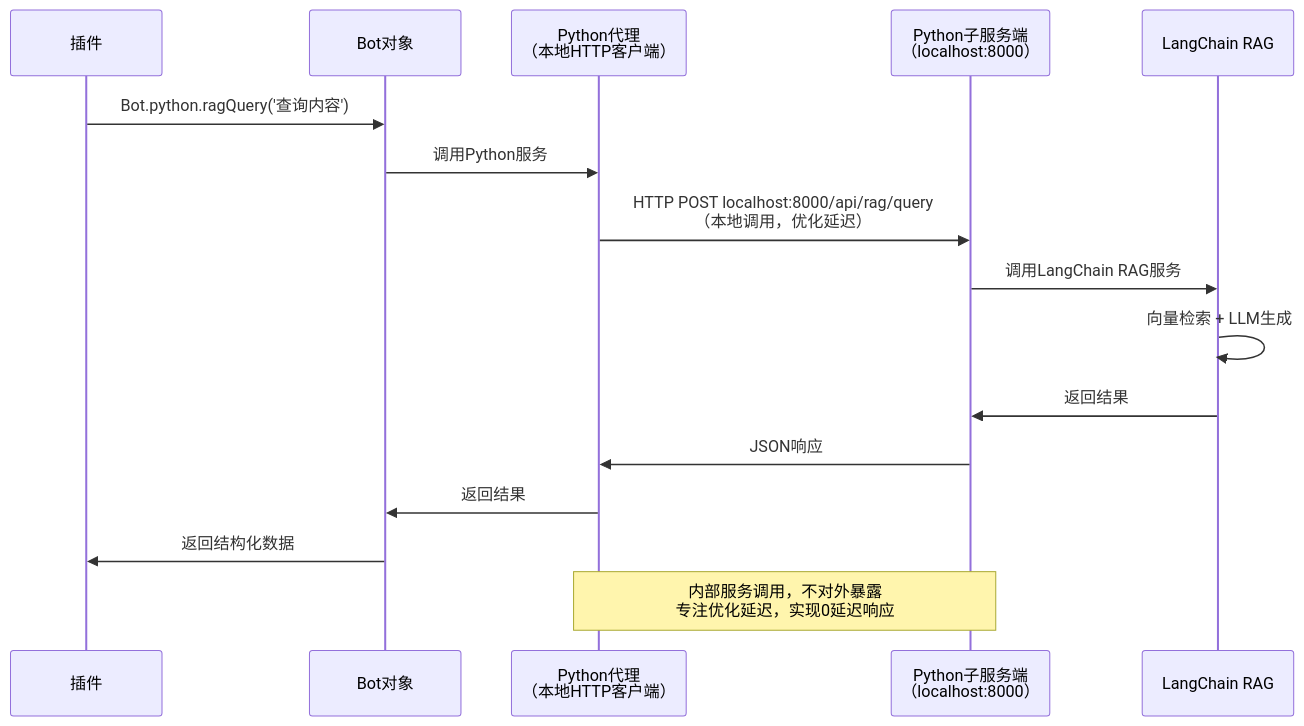
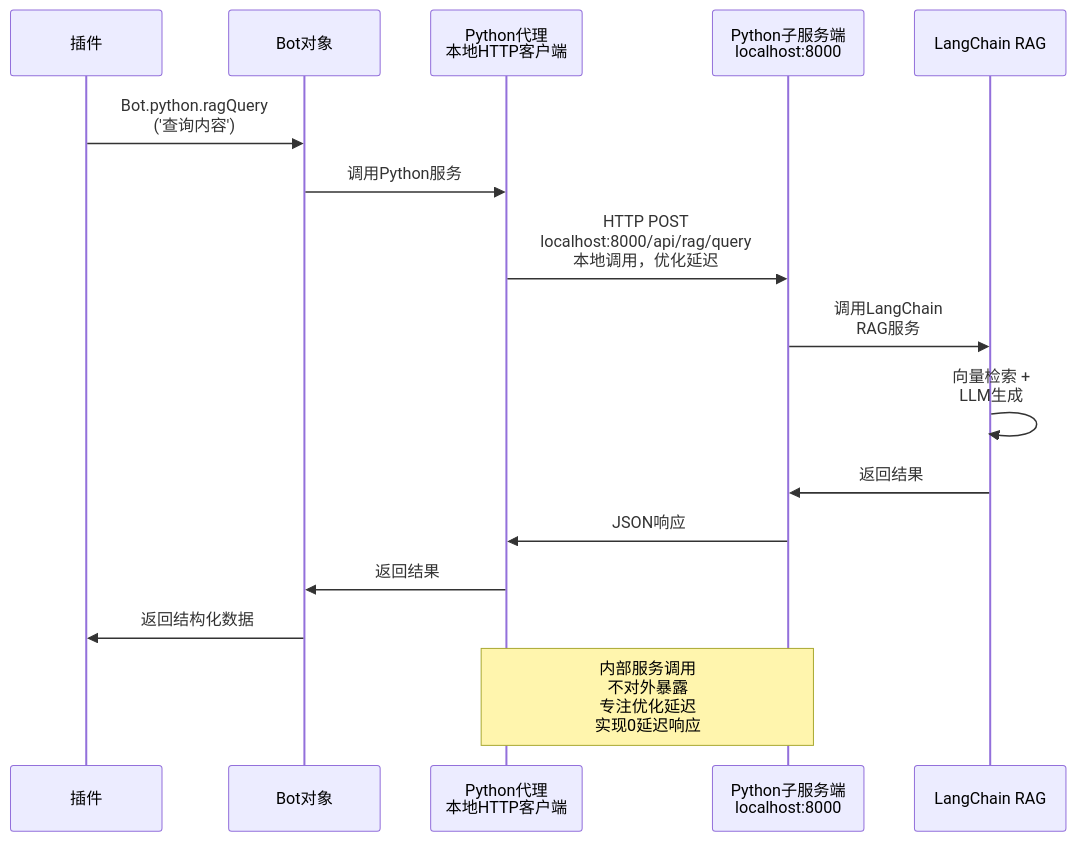
The second of 8 diagrams in docs/future-architecture-2025.md (sunflowermm/XRK-AGT), drawn with Mermaid before and after one commit. The commit also changed other lines of this file, not shown here.

````diff
--- a/docs/future-architecture-2025.md
+++ b/docs/future-architecture-2025.md
@@ -84,20 +84,20 @@
 ```mermaid
 sequenceDiagram
     participant Plugin as 插件
     participant Bot as Bot对象
-    participant Proxy as Python代理<br/>（本地HTTP客户端）
-    participant Python as Python子服务端<br/>（localhost:8000）
+    participant Proxy as Python代理<br/>本地HTTP客户端
+    participant Python as Python子服务端<br/>localhost:8000
     participant LangChain as LangChain RAG
     
-    Plugin->>Bot: Bot.python.ragQuery('查询内容')
+    Plugin->>Bot: Bot.python.ragQuery<br/>('查询内容')
     Bot->>Proxy: 调用Python服务
-    Proxy->>Python: HTTP POST localhost:8000/api/rag/query<br/>（本地调用，优化延迟）
-    Python->>LangChain: 调用LangChain RAG服务
-    LangChain->>LangChain: 向量检索 + LLM生成
+    Proxy->>Python: HTTP POST<br/>localhost:8000/api/rag/query<br/>本地调用，优化延迟
+    Python->>LangChain: 调用LangChain<br/>RAG服务
+    LangChain->>LangChain: 向量检索 +<br/>LLM生成
     LangChain->>Python: 返回结果
     Python->>Proxy: JSON响应
     Proxy->>Bot: 返回结果
     Bot->>Plugin: 返回结构化数据
     
-    Note over Proxy,Python: 内部服务调用，不对外暴露<br/>专注优化延迟，实现0延迟响应
+    Note over Proxy,Python: 内部服务调用<br/>不对外暴露<br/>专注优化延迟<br/>实现0延迟响应
 ```
````
